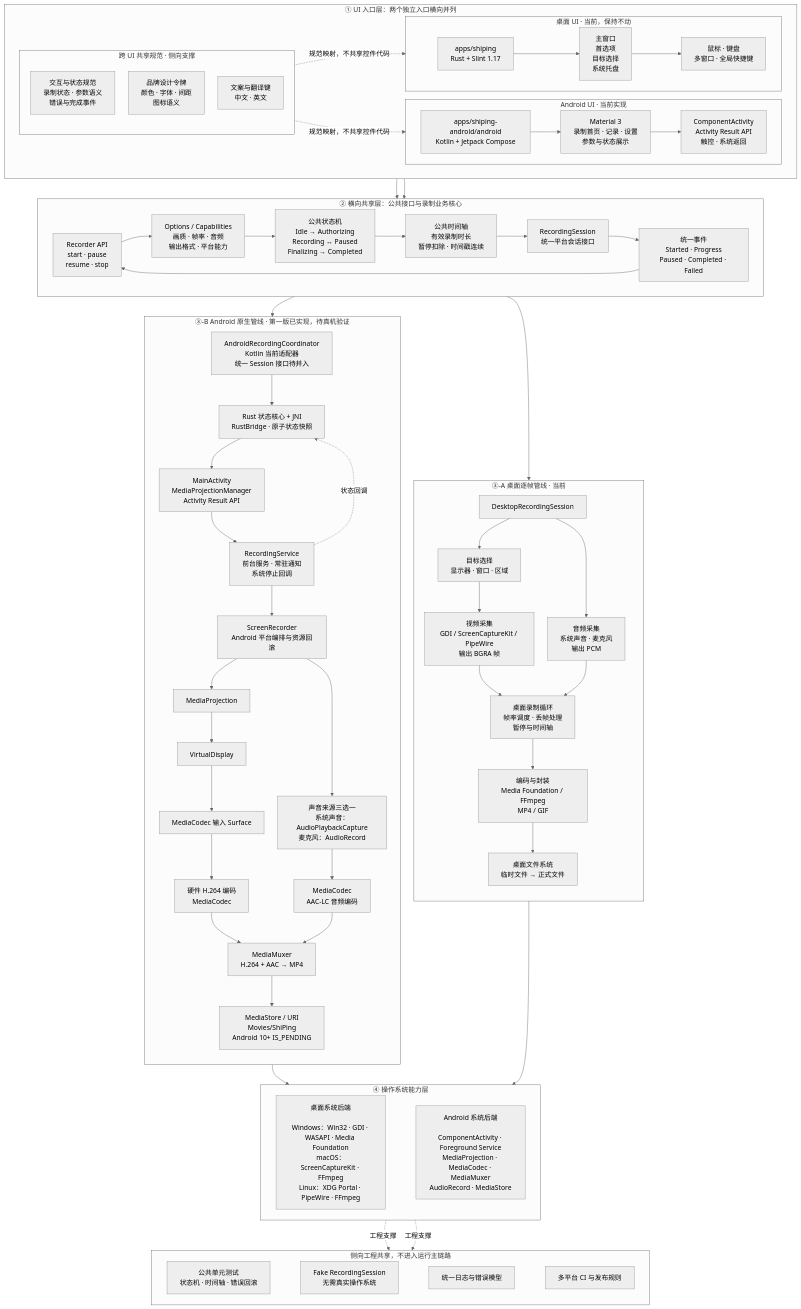
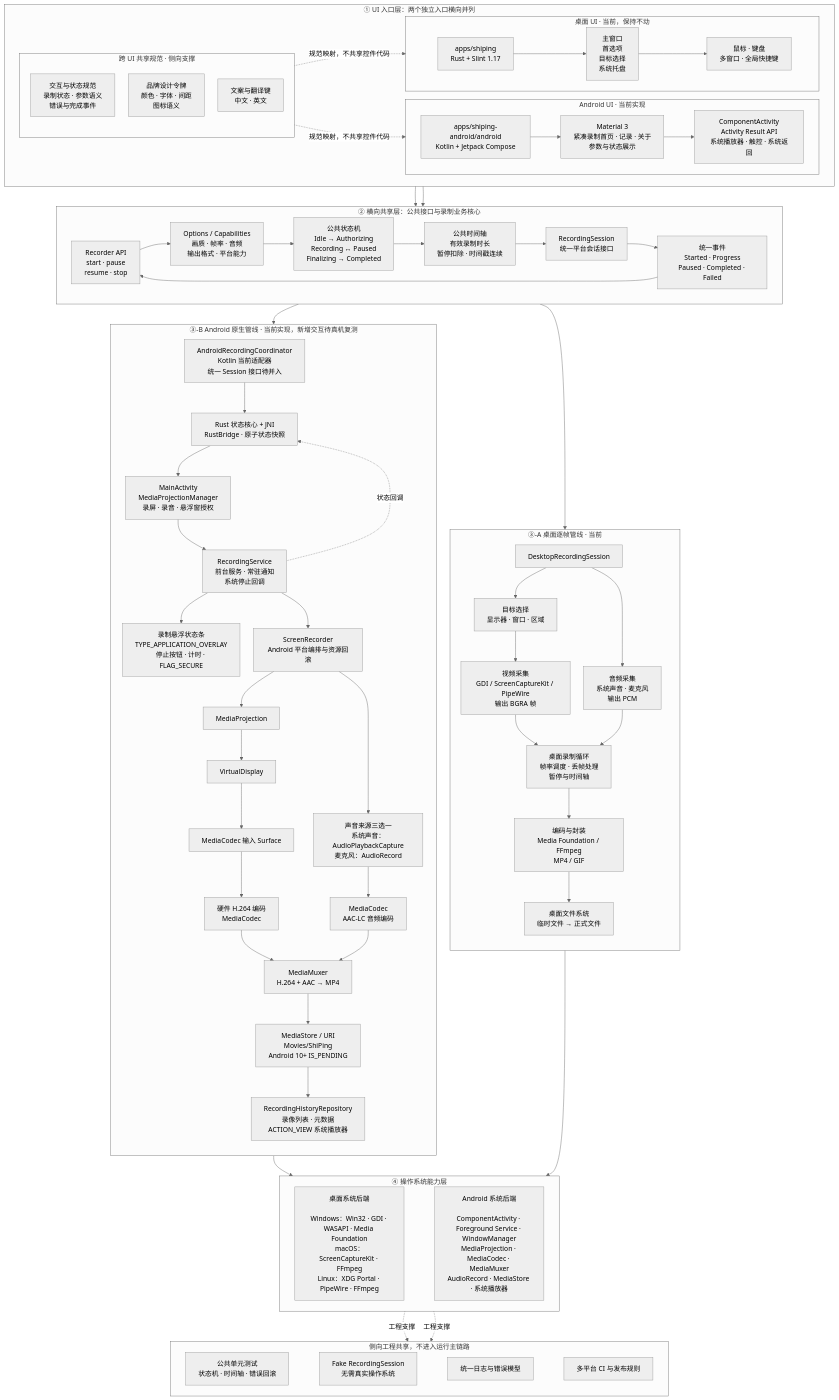
One commit to dripai/shitu changed the diagram in docs/architecture/shiping-target-architecture.mmd. Above: the diagram before and after it, drawn with Mermaid. The commit also changed 18 other files, not shown here.

Commit message:
feat(android): refine mobile recording experience

```diff
--- a/docs/architecture/shiping-target-architecture.mmd
+++ b/docs/architecture/shiping-target-architecture.mmd
@@ -1,136 +1,140 @@
 ---
 config:
   theme: neutral
   themeVariables:
     fontFamily: "Microsoft YaHei, Segoe UI, Arial, sans-serif"
   flowchart:
     curve: basis
     htmlLabels: true
     nodeSpacing: 32
     rankSpacing: 48
 ---
 flowchart TB
     subgraph UI_ROW["① UI 入口层：两个独立入口横向并列"]
         direction LR
 
         subgraph DESKTOP_UI["桌面 UI · 当前，保持不动"]
             DUI["apps/shiping<br/>Rust + Slint 1.17"]
             DPAGES["主窗口<br/>首选项<br/>目标选择<br/>系统托盘"]
             DUX["鼠标 · 键盘<br/>多窗口 · 全局快捷键"]
             DUI --> DPAGES --> DUX
         end
 
         subgraph MOBILE_UI["Android UI · 当前实现"]
             AUI["apps/shiping-android/android<br/>Kotlin + Jetpack Compose"]
-            APAGES["Material 3<br/>录制首页 · 记录 · 设置<br/>参数与状态展示"]
-            AUX["ComponentActivity<br/>Activity Result API<br/>触控 · 系统返回"]
+            APAGES["Material 3<br/>紧凑录制首页 · 记录 · 关于<br/>参数与状态展示"]
+            AUX["ComponentActivity<br/>Activity Result API<br/>系统播放器 · 触控 · 系统返回"]
             AUI --> APAGES --> AUX
         end
 
         subgraph UI_SHARED["跨 UI 共享规范 · 侧向支撑"]
             COMPONENTS["交互与状态规范<br/>录制状态 · 参数语义<br/>错误与完成事件"]
             THEME["品牌设计令牌<br/>颜色 · 字体 · 间距<br/>图标语义"]
             I18N["文案与翻译键<br/>中文 · 英文"]
         end
     end
 
     UI_SHARED -.规范映射，不共享控件代码.-> DESKTOP_UI
     UI_SHARED -.规范映射，不共享控件代码.-> MOBILE_UI
 
     subgraph SHARED_CORE["② 横向共享层：公共接口与录制业务核心"]
         direction LR
 
         API["Recorder API<br/>start · pause<br/>resume · stop"]
         MODEL["Options / Capabilities<br/>画质 · 帧率 · 音频<br/>输出格式 · 平台能力"]
         STATE["公共状态机<br/>Idle → Authorizing<br/>Recording ↔ Paused<br/>Finalizing → Completed"]
         TIMELINE["公共时间轴<br/>有效录制时长<br/>暂停扣除 · 时间戳连续"]
         SESSION["RecordingSession<br/>统一平台会话接口"]
         EVENTS["统一事件<br/>Started · Progress<br/>Paused · Completed · Failed"]
 
         API --> MODEL
         MODEL --> STATE
         STATE --> TIMELINE
         TIMELINE --> SESSION
         SESSION --> EVENTS
         EVENTS --> API
     end
 
     DUX --> API
     AUX --> API
 
     subgraph DESKTOP_LANE["③-A 桌面逐帧管线 · 当前"]
         direction TB
 
         DSESSION["DesktopRecordingSession"]
         TARGET["目标选择<br/>显示器 · 窗口 · 区域"]
         CAPTURE["视频采集<br/>GDI / ScreenCaptureKit / PipeWire<br/>输出 BGRA 帧"]
         DAUDIO["音频采集<br/>系统声音 · 麦克风<br/>输出 PCM"]
         LOOP["桌面录制循环<br/>帧率调度 · 丢帧处理<br/>暂停与时间轴"]
         WRITER["编码与封装<br/>Media Foundation / FFmpeg<br/>MP4 / GIF"]
         DOUTPUT["桌面文件系统<br/>临时文件 → 正式文件"]
 
         DSESSION --> TARGET
         TARGET --> CAPTURE
         DSESSION --> DAUDIO
         CAPTURE --> LOOP
         DAUDIO --> LOOP
         LOOP --> WRITER
         WRITER --> DOUTPUT
     end
 
-    subgraph ANDROID_LANE["③-B Android 原生管线 · 第一版已实现，待真机验证"]
+    subgraph ANDROID_LANE["③-B Android 原生管线 · 当前实现，新增交互待真机复测"]
         direction TB
 
         ASESSION["AndroidRecordingCoordinator<br/>Kotlin 当前适配器<br/>统一 Session 接口待并入"]
         BRIDGE["Rust 状态核心 + JNI<br/>RustBridge · 原子状态快照"]
-        PERMISSION["MainActivity<br/>MediaProjectionManager<br/>Activity Result API"]
+        PERMISSION["MainActivity<br/>MediaProjectionManager<br/>录屏 · 录音 · 悬浮窗授权"]
         SERVICE["RecordingService<br/>前台服务 · 常驻通知<br/>系统停止回调"]
+        OVERLAY["录制悬浮状态条<br/>TYPE_APPLICATION_OVERLAY<br/>停止按钮 · 计时 · FLAG_SECURE"]
         RECORDER["ScreenRecorder<br/>Android 平台编排与资源回滚"]
         PROJECTION["MediaProjection"]
         DISPLAY["VirtualDisplay"]
         SURFACE["MediaCodec 输入 Surface"]
         VCODEC["硬件 H.264 编码<br/>MediaCodec"]
         AAUDIO["声音来源三选一<br/>系统声音：AudioPlaybackCapture<br/>麦克风：AudioRecord"]
         ACODEC["MediaCodec<br/>AAC-LC 音频编码"]
         MUXER["MediaMuxer<br/>H.264 + AAC → MP4"]
         AOUTPUT["MediaStore / URI<br/>Movies/ShiPing<br/>Android 10+ IS_PENDING"]
+        HISTORY["RecordingHistoryRepository<br/>录像列表 · 元数据<br/>ACTION_VIEW 系统播放器"]
 
         ASESSION --> BRIDGE
         BRIDGE --> PERMISSION
         PERMISSION --> SERVICE
+        SERVICE --> OVERLAY
         SERVICE --> RECORDER
         RECORDER --> PROJECTION
         PROJECTION --> DISPLAY
         DISPLAY --> SURFACE
         SURFACE --> VCODEC
         RECORDER --> AAUDIO
         AAUDIO --> ACODEC
         VCODEC --> MUXER
         ACODEC --> MUXER
         MUXER --> AOUTPUT
+        AOUTPUT --> HISTORY
         SERVICE -.状态回调.-> BRIDGE
     end
 
     SESSION --> DSESSION & ASESSION
 
     subgraph OS_ROW["④ 操作系统能力层"]
         direction LR
 
         DESKTOP_OS["桌面系统后端<br/><br/>Windows：Win32 · GDI · WASAPI · Media Foundation<br/>macOS：ScreenCaptureKit · FFmpeg<br/>Linux：XDG Portal · PipeWire · FFmpeg"]
-        ANDROID_OS["Android 系统后端<br/><br/>ComponentActivity · Foreground Service<br/>MediaProjection · MediaCodec · MediaMuxer<br/>AudioRecord · MediaStore"]
+        ANDROID_OS["Android 系统后端<br/><br/>ComponentActivity · Foreground Service · WindowManager<br/>MediaProjection · MediaCodec · MediaMuxer<br/>AudioRecord · MediaStore · 系统播放器"]
         DESKTOP_OS ~~~ ANDROID_OS
     end
 
     DOUTPUT --> DESKTOP_OS
     AOUTPUT --> ANDROID_OS
     subgraph ENGINEERING_SHARED["侧向工程共享，不进入运行主链路"]
         direction LR
         TESTS["公共单元测试<br/>状态机 · 时间轴 · 错误回滚"]
         FAKE["Fake RecordingSession<br/>无需真实操作系统"]
         LOGGING["统一日志与错误模型"]
         CI["多平台 CI 与发布规则"]
         TESTS ~~~ FAKE ~~~ LOGGING ~~~ CI
     end
 
     DESKTOP_OS -.工程支撑.-> ENGINEERING_SHARED
     ANDROID_OS -.工程支撑.-> ENGINEERING_SHARED
```
